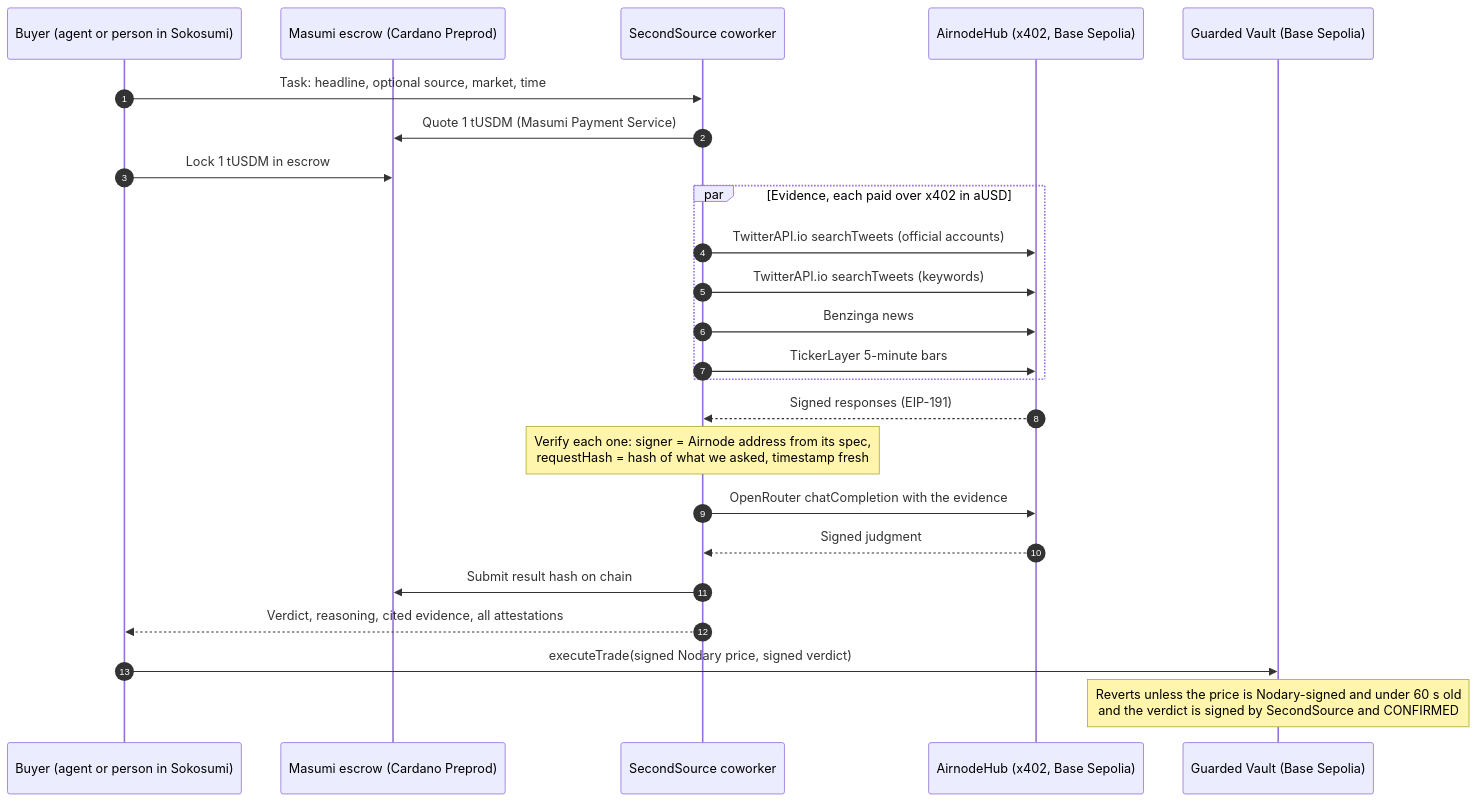
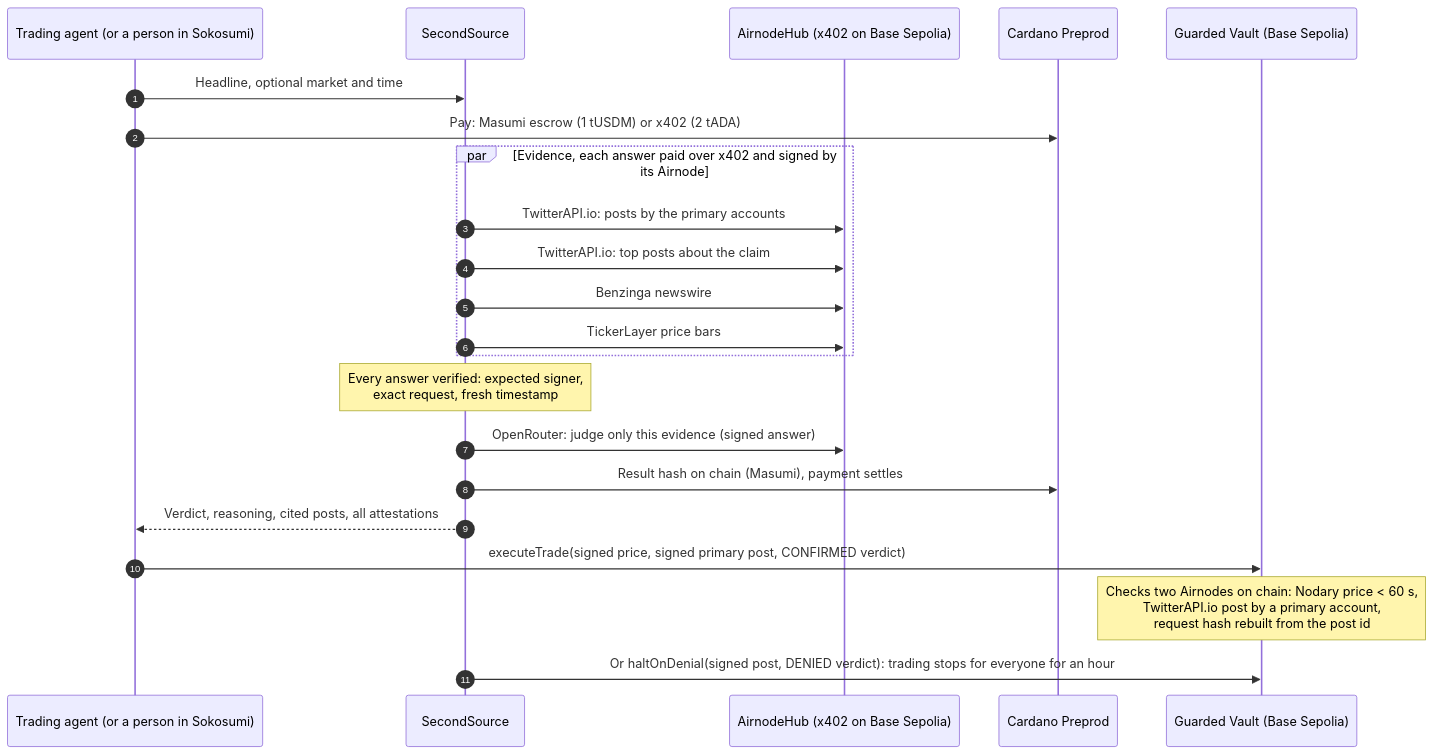
The diagram in README.md (raglibol-re/SecondSource), drawn with Mermaid before and after one commit. The commit also changed other lines of this file and 6 other files, not shown here.

Commit message:
README rebuilt for judges; SECURITY.md; PostIdMismatch test (30 Foundry tests); receipts page shows payout and vault v2; .env.example complete

````diff
--- a/README.md
+++ b/README.md
@@ -23,26 +65,24 @@
 ```mermaid
 sequenceDiagram
     autonumber
-    participant B as Buyer (agent or person in Sokosumi)
-    participant M as Masumi escrow (Cardano Preprod)
-    participant S as SecondSource coworker
-    participant H as AirnodeHub (x402, Base Sepolia)
+    participant B as Trading agent (or a person in Sokosumi)
+    participant S as SecondSource
+    participant H as AirnodeHub (x402 on Base Sepolia)
+    participant C as Cardano Preprod
     participant V as Guarded Vault (Base Sepolia)
-    B->>S: Task: headline, optional source, market, time
-    S->>M: Quote 1 tUSDM (Masumi Payment Service)
-    B->>M: Lock 1 tUSDM in escrow
-    par Evidence, each paid over x402 in aUSD
-        S->>H: TwitterAPI.io searchTweets (official accounts)
-        S->>H: TwitterAPI.io searchTweets (keywords)
-        S->>H: Benzinga news
-        S->>H: TickerLayer 5-minute bars
+    B->>S: Headline, optional market and time
+    B->>C: Pay: Masumi escrow (1 tUSDM) or x402 (2 tADA)
+    par Evidence, each answer paid over x402 and signed by its Airnode
+        S->>H: TwitterAPI.io: posts by the primary accounts
+        S->>H: TwitterAPI.io: top posts about the claim
+        S->>H: Benzinga newswire
+        S->>H: TickerLayer price bars
     end
-    H-->>S: Signed responses (EIP-191)
-    Note over S: Verify each one: signer = Airnode address from its spec,<br/>requestHash = hash of what we asked, timestamp fresh
-    S->>H: OpenRouter chatCompletion with the evidence
-    H-->>S: Signed judgment
-    S->>M: Submit result hash on chain
-    S-->>B: Verdict, reasoning, cited evidence, all attestations
-    B->>V: executeTrade(signed Nodary price, signed verdict)
-    Note over V: Reverts unless the price is Nodary-signed and under 60 s old<br/>and the verdict is signed by SecondSource and CONFIRMED
+    Note over S: Every answer verified: expected signer,<br/>exact request, fresh timestamp
+    S->>H: OpenRouter: judge only this evidence (signed answer)
+    S->>C: Result hash on chain (Masumi), payment settles
+    S-->>B: Verdict, reasoning, cited posts, all attestations
+    B->>V: executeTrade(signed price, signed primary post, CONFIRMED verdict)
+    Note over V: Checks two Airnodes on chain: Nodary price < 60 s,<br/>TwitterAPI.io post by a primary account,<br/>request hash rebuilt from the post id
+    S->>V: Or haltOnDenial(signed post, DENIED verdict): trading stops for everyone for an hour
 ```
````
